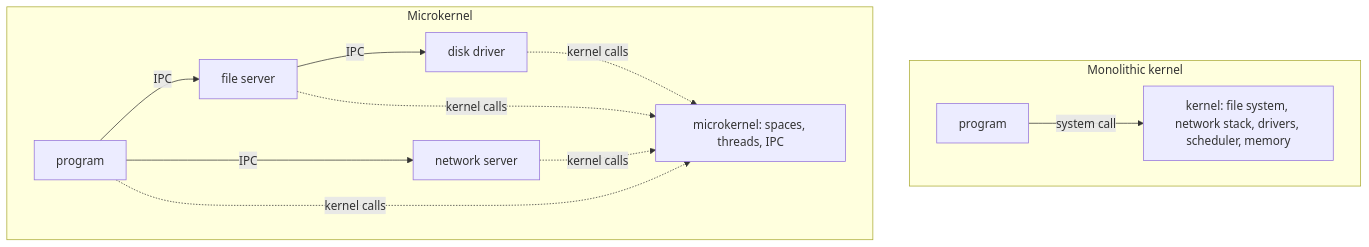
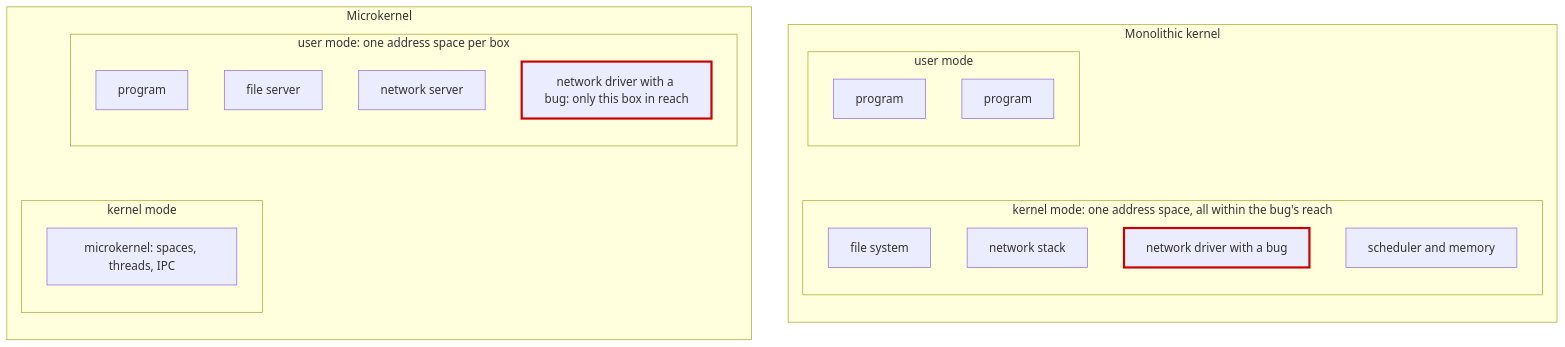
One commit to nshkrdotcom/erXos changed the first of 3 diagrams in docs/book/02-microkernels.md. Above: the diagram before and after it, drawn with Mermaid. The commit also changed other lines of this file, not shown here.

````diff
--- a/docs/book/02-microkernels.md
+++ b/docs/book/02-microkernels.md
@@ -115,12 +106,32 @@
 ```mermaid
 flowchart TB
     subgraph mono [Monolithic kernel]
-        app1[program] -->|system call| k1[kernel: file system, network stack, drivers, scheduler, memory]
+        direction TB
+        subgraph mu [user mode]
+            p1[program]
+            p2[program]
+        end
+        subgraph mk [kernel mode: one address space, all within the bug's reach]
+            fs1[file system]
+            net1[network stack]
+            drv1[network driver with a bug]
+            sch1[scheduler and memory]
+        end
+        p1 ~~~ fs1
     end
     subgraph micro [Microkernel]
-        app2[program] -->|IPC| fs[file server]
-        app2 -->|IPC| net[network server]
-        fs -->|IPC| drv[disk driver]
-        fs & net & drv & app2 -.->|kernel calls| mk[microkernel: spaces, threads, IPC]
+        direction TB
+        subgraph uu [user mode: one address space per box]
+            p3[program]
+            fs2[file server]
+            net2[network server]
+            drv2[network driver with a bug: only this box in reach]
+        end
+        subgraph kk [kernel mode]
+            mk2[microkernel: spaces, threads, IPC]
+        end
+        p3 ~~~ mk2
     end
+    classDef bug stroke:#c00,stroke-width:3px
+    class drv1,drv2 bug
 ```
````
